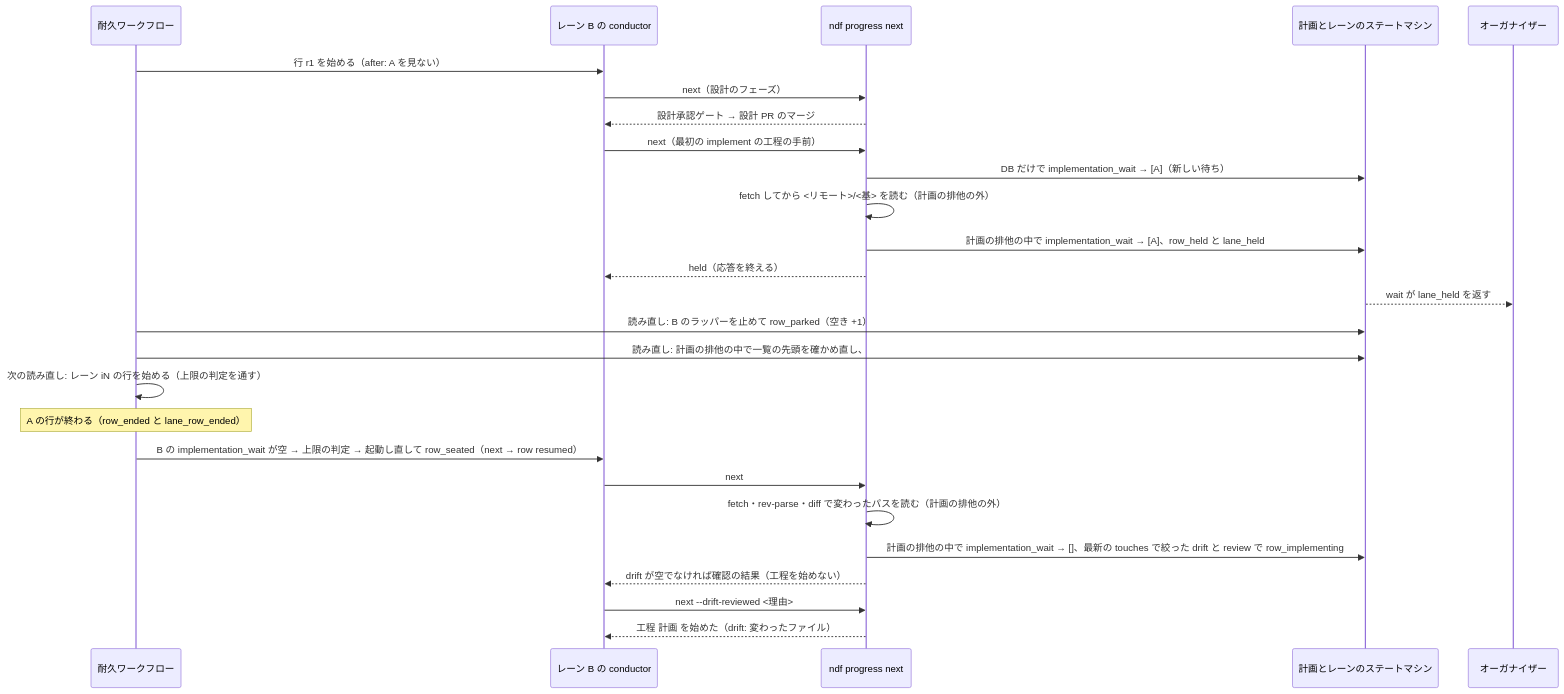
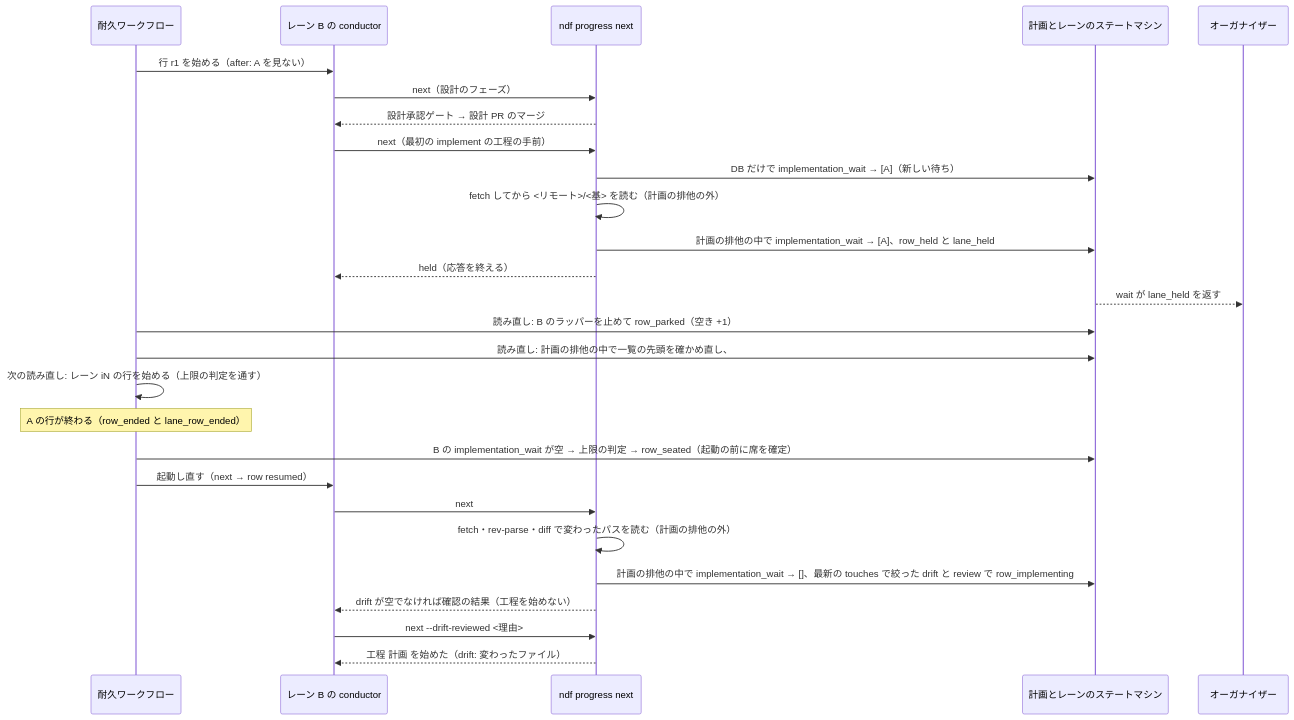
The third of 3 diagrams in issues/issue-4050-design.md (devbasex/ai-plugins), drawn with Mermaid before and after one commit. The commit also changed other lines of this file and 1 other file, not shown here.

Commit message:
Docs: #4050 の設計で、起動し直しは row_seated を書いてからラッパーを起動し、起動の失敗では席を返す（r3-4）

````diff
--- a/issues/issue-4050-design.md
+++ b/issues/issue-4050-design.md
@@ -242,28 +242,29 @@
 ```mermaid
 sequenceDiagram
   participant WF as 耐久ワークフロー
   participant C as レーン B の conductor
   participant P as ndf progress next
   participant M as 計画とレーンのステートマシン
   participant O as オーガナイザー
   WF->>C: 行 r1 を始める（after: A を見ない）
   C->>P: next（設計のフェーズ）
   P-->>C: 設計承認ゲート → 設計 PR のマージ
   C->>P: next（最初の implement の工程の手前）
   P->>M: DB だけで implementation_wait → [A]（新しい待ち）
   P->>P: fetch してから <リモート>/<基> を読む（計画の排他の外）
   P->>M: 計画の排他の中で implementation_wait → [A]、row_held と lane_held
   P-->>C: held（応答を終える）
   M-->>O: wait が lane_held を返す
   WF->>M: 読み直し: B のラッパーを止めて row_parked（空き +1）
   WF->>M: 読み直し: 計画の排他の中で一覧の先頭を確かめ直し、#N を lane_added（workflow）
   WF->>WF: 次の読み直し: レーン iN の行を始める（上限の判定を通す）
   Note over WF: A の行が終わる（row_ended と lane_row_ended）
-  WF->>C: B の implementation_wait が空 → 上限の判定 → 起動し直して row_seated（next → row resumed）
+  WF->>M: B の implementation_wait が空 → 上限の判定 → row_seated（起動の前に席を確定）
+  WF->>C: 起動し直す（next → row resumed）
   C->>P: next
   P->>P: fetch・rev-parse・diff で変わったパスを読む（計画の排他の外）
   P->>M: 計画の排他の中で implementation_wait → []、最新の touches で絞った drift と review で row_implementing
   P-->>C: drift が空でなければ確認の結果（工程を始めない）
   C->>P: next --drift-reviewed <理由>
   P-->>C: 工程 計画 を始めた（drift: 変わったファイル）
 ```
````
